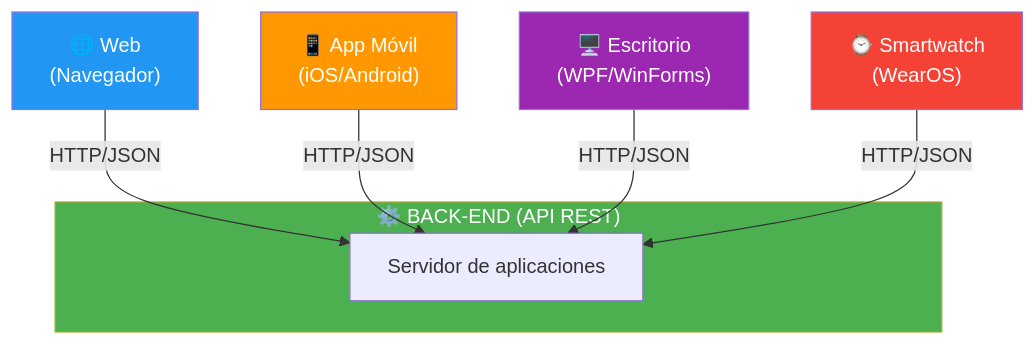
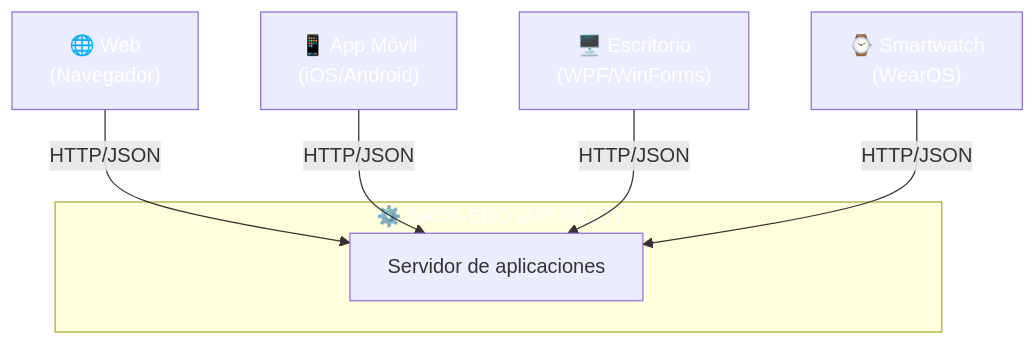
The second of 2 diagrams in 02-componentes-web.md (joseluisgs/DesarrolloWebEntornosServidor-01-2026-2027), drawn with Mermaid before and after one commit. The commit also changed other lines of this file and 66 other files, not shown here.

First line of the commit message:
fix: normalizar titulos al castellano de frase y corregir la paleta de mermaid

````diff
--- a/02-componentes-web.md
+++ b/02-componentes-web.md
@@ -58,17 +58,17 @@
 ```mermaid
 graph TD
     subgraph BACKEND["⚙️ BACK-END (API REST)"]
         A["Servidor de aplicaciones"]
     end
 
     B["🌐 Web<br/>(Navegador)"] -->|"HTTP/JSON"| A
     C["📱 App Móvil<br/>(iOS/Android)"] -->|"HTTP/JSON"| A
     D["🖥️ Escritorio<br/>(WPF/WinForms)"] -->|"HTTP/JSON"| A
     E["⌚ Smartwatch<br/>(WearOS)"] -->|"HTTP/JSON"| A
 
-    style BACKEND fill:#4CAF50,color:#fff
-    style B fill:#2196F3,color:#fff
-    style C fill:#FF9800,color:#fff
-    style D fill:#9C27B0,color:#fff
-    style E fill:#f44336,color:#fff
+    style BACKEND fill:#4CAF5,color:#fff0,color:#fff
+    style B fill:#2196F,color:#fff3,color:#fff
+    style C fill:#FF980,color:#fff0,color:#fff
+    style D fill:#9C27B,color:#fff0,color:#fff
+    style E fill:#f4433,color:#fff6,color:#fff
 ```
````
